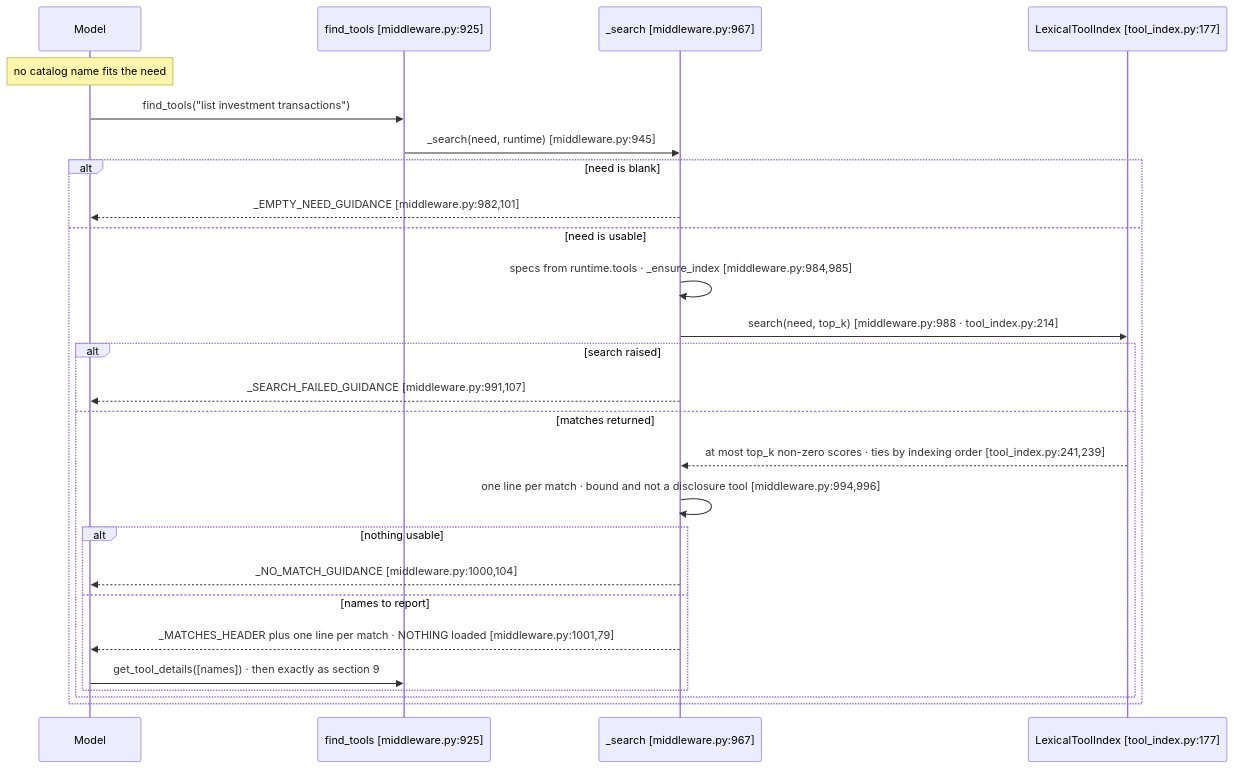
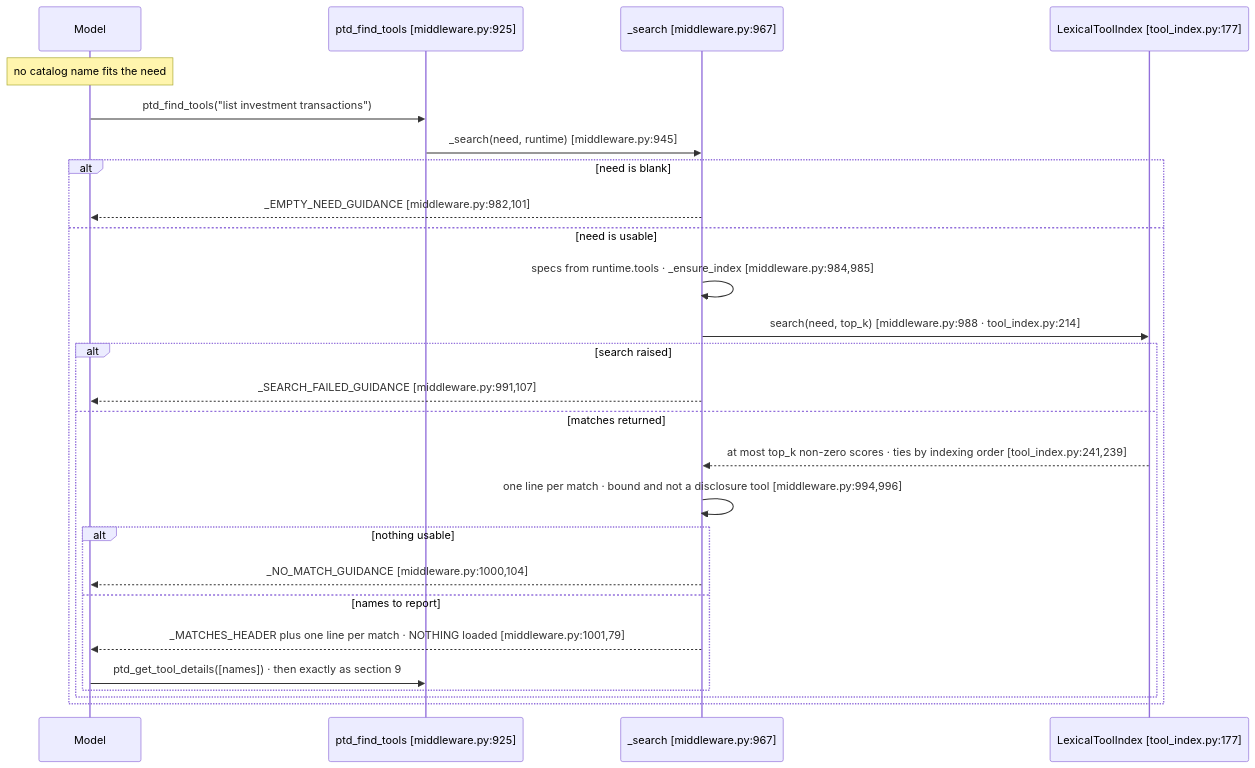
Before and after one commit to aws-samples/sample-context-engineering: the fifth of 7 diagrams in docs/design/sequence/langgraph/sequence-b-disclosure.md, drawn with Mermaid. The commit also changed other lines of this file and 124 other files, not shown here.

First line of the commit message:
feat(plugins): prefix every model-facing tool with its plugin's initials

````diff
--- a/docs/design/sequence/langgraph/sequence-b-disclosure.md
+++ b/docs/design/sequence/langgraph/sequence-b-disclosure.md
@@ -696,29 +696,29 @@
 ```mermaid
 sequenceDiagram
     participant Model
-    participant Tool as find_tools [middleware.py:925]
+    participant Tool as ptd_find_tools [middleware.py:925]
     participant MW as _search [middleware.py:967]
     participant Idx as LexicalToolIndex [tool_index.py:177]
 
     Note over Model: no catalog name fits the need
-    Model->>Tool: find_tools("list investment transactions")
+    Model->>Tool: ptd_find_tools("list investment transactions")
     Tool->>MW: _search(need, runtime) [middleware.py:945]
     alt need is blank
         MW-->>Model: _EMPTY_NEED_GUIDANCE [middleware.py:982,101]
     else need is usable
         MW->>MW: specs from runtime.tools · _ensure_index [middleware.py:984,985]
         MW->>Idx: search(need, top_k) [middleware.py:988 · tool_index.py:214]
         alt search raised
             MW-->>Model: _SEARCH_FAILED_GUIDANCE [middleware.py:991,107]
         else matches returned
             Idx-->>MW: at most top_k non-zero scores · ties by indexing order [tool_index.py:241,239]
             MW->>MW: one line per match · bound and not a disclosure tool [middleware.py:994,996]
             alt nothing usable
                 MW-->>Model: _NO_MATCH_GUIDANCE [middleware.py:1000,104]
             else names to report
                 MW-->>Model: _MATCHES_HEADER plus one line per match · NOTHING loaded [middleware.py:1001,79]
-                Model->>Tool: get_tool_details([names]) · then exactly as section 9
+                Model->>Tool: ptd_get_tool_details([names]) · then exactly as section 9
             end
         end
     end
 ```
````
